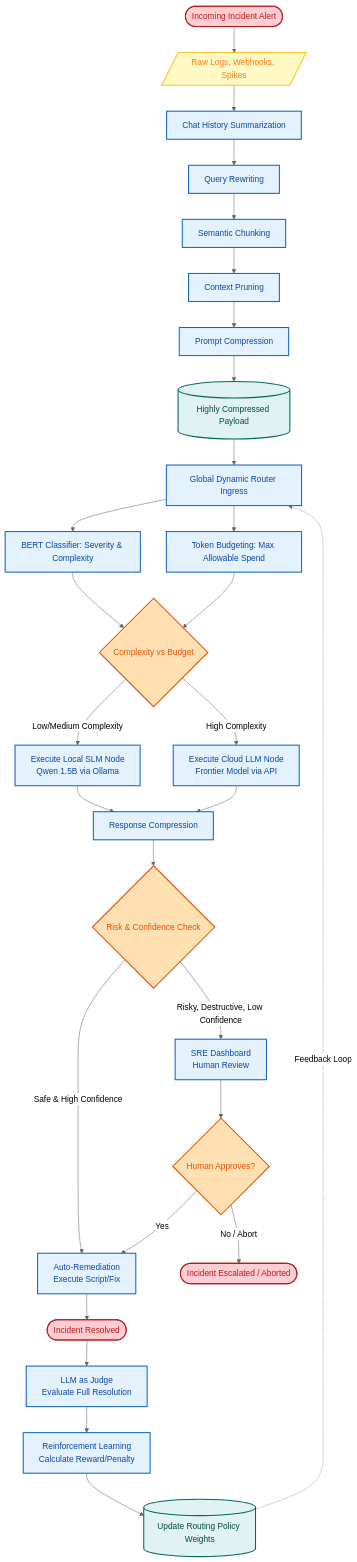
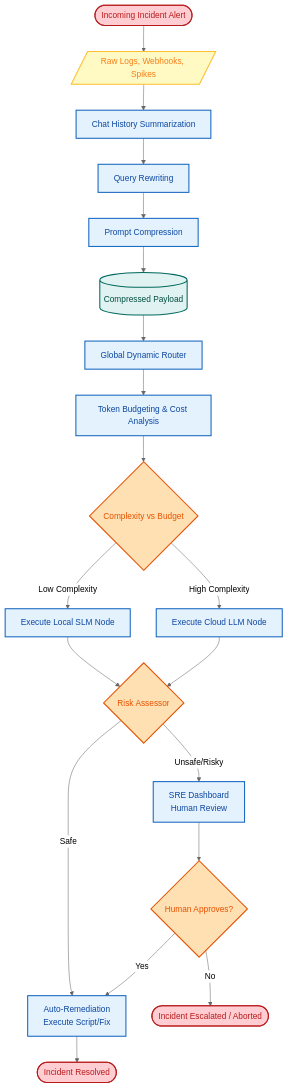
One commit to anand-esc/tokenawarearch changed the diagram in flow_diagram/flow_diagram.md. Above: the diagram before and after it, drawn with Mermaid (neutral theme). The commit also changed other lines of this file and 5 other files, not shown here.

Commit message:
docs: Update architecture and flow diagrams with new pngs and mermaid source

````diff
--- a/flow_diagram/flow_diagram.md
+++ b/flow_diagram/flow_diagram.md
@@ -11,71 +15,51 @@
     %% Phase 1
     P1A[Chat History Summarization]
     P1B[Query Rewriting]
-    P1C[Semantic Chunking]
-    P1D[Context Pruning]
     P1E[Prompt Compression]
-    CompressedData[(Highly Compressed Payload)]
+    CompressedData[(Compressed Payload)]
     
     %% Phase 2
-    RouterProcess[Global Dynamic Router Ingress]
-    Classifier[BERT Classifier: Severity & Complexity]
-    Budget[Token Budgeting: Max Allowable Spend]
+    RouterProcess[Global Dynamic Router]
+    Budget[Token Budgeting & Cost Analysis]
     RouteDecision{Complexity vs Budget}
     
     %% Phase 3
-    LocalNode[Execute Local SLM Node<br/>Qwen 1.5B via Ollama]
-    CloudNode[Execute Cloud LLM Node<br/>Frontier Model via API]
-    RespCompress[Response Compression]
+    LocalNode[Execute Local SLM Node]
+    CloudNode[Execute Cloud LLM Node]
     
     %% Action Layer
-    RiskAssessment{Risk & Confidence Check}
+    RiskAssessment{Risk Assessor}
     AutoFix[Auto-Remediation<br/>Execute Script/Fix]
     HumanReview[SRE Dashboard<br/>Human Review]
     HumanDecision{Human Approves?}
     Resolved([Incident Resolved])
     EndAbort([Incident Escalated / Aborted])
-    
-    %% Phase 4
-    Judge[LLM as Judge<br/>Evaluate Full Resolution]
-    RL[Reinforcement Learning<br/>Calculate Reward/Penalty]
-    UpdateWeights[(Update Routing Policy Weights)]
 
     %% Flow Connections
     Start --> InputData
     InputData --> P1A
     P1A --> P1B
-    P1B --> P1C
-    P1C --> P1D
-    P1D --> P1E
+    P1B --> P1E
     P1E --> CompressedData
     
     CompressedData --> RouterProcess
-    RouterProcess --> Classifier
     RouterProcess --> Budget
-    Classifier --> RouteDecision
     Budget --> RouteDecision
     
-    RouteDecision -- "Low/Medium Complexity" --> LocalNode
+    RouteDecision -- "Low Complexity" --> LocalNode
     RouteDecision -- "High Complexity" --> CloudNode
     
-    LocalNode --> RespCompress
-    CloudNode --> RespCompress
+    LocalNode --> RiskAssessment
+    CloudNode --> RiskAssessment
     
-    RespCompress --> RiskAssessment
-    
-    RiskAssessment -- "Safe & High Confidence" --> AutoFix
-    RiskAssessment -- "Risky, Destructive, Low Confidence" --> HumanReview
+    RiskAssessment -- "Safe" --> AutoFix
+    RiskAssessment -- "Unsafe/Risky" --> HumanReview
     
     HumanReview --> HumanDecision
     HumanDecision -- "Yes" --> AutoFix
-    HumanDecision -- "No / Abort" --> EndAbort
+    HumanDecision -- "No" --> EndAbort
     
     AutoFix --> Resolved
-    
-    Resolved --> Judge
-    Judge --> RL
-    RL --> UpdateWeights
-    UpdateWeights -.->|Feedback Loop| RouterProcess
 
     %% Styling
     classDef startend fill:#ffcdd2,stroke:#b71c1c,stroke-width:2px,color:#b71c1c
@@ -86,7 +70,7 @@
     
     class Start,Resolved,EndAbort startend;
     class InputData inputdata;
-    class P1A,P1B,P1C,P1D,P1E,RouterProcess,Classifier,Budget,LocalNode,CloudNode,RespCompress,AutoFix,HumanReview,Judge,RL process;
-    class CompressedData,UpdateWeights database;
+    class P1A,P1B,P1E,RouterProcess,Budget,LocalNode,CloudNode,AutoFix,HumanReview process;
+    class CompressedData database;
     class RouteDecision,RiskAssessment,HumanDecision decision;
 ```
````
